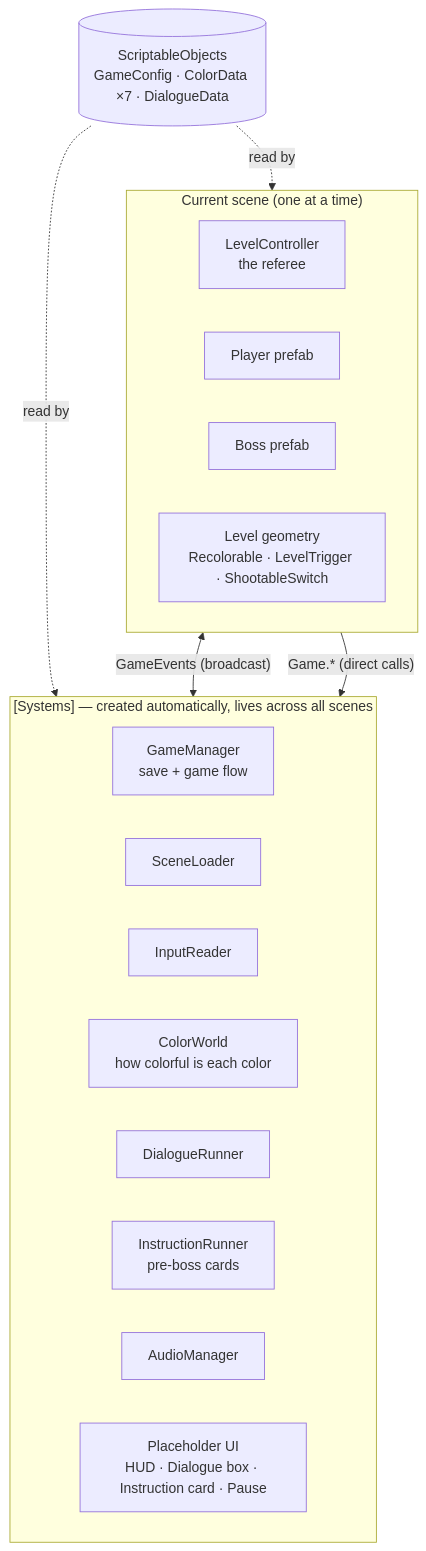
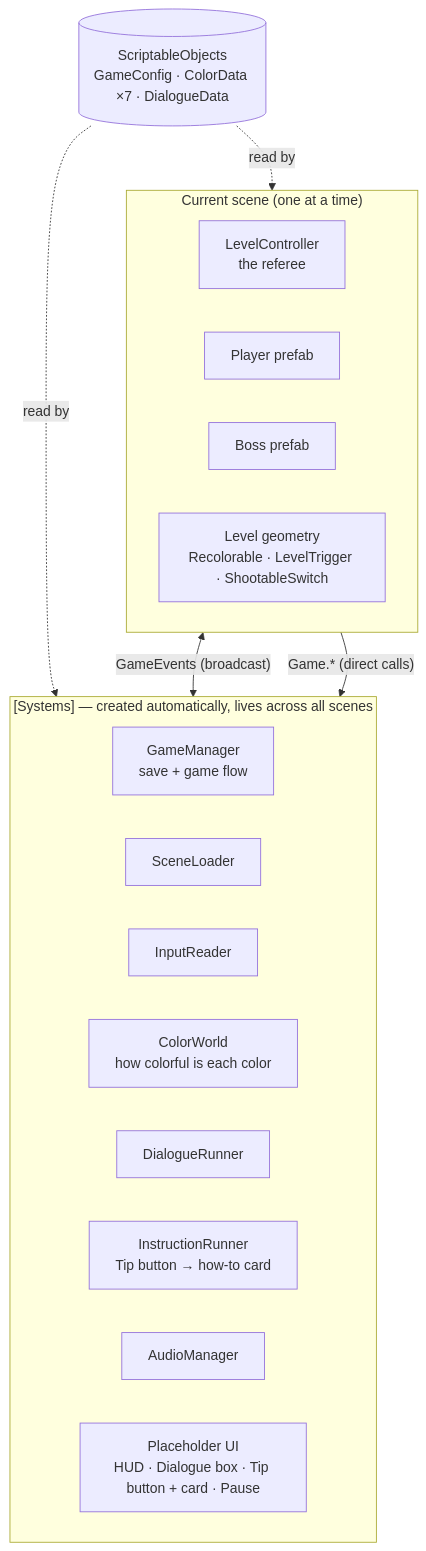
The first of 3 diagrams in ARCHITECTURE.md (Waldron-Wang/Roygbiv_GameJam), drawn with Mermaid before and after one commit. The commit also changed other lines of this file and 1 other file, not shown here.

Commit message:
Document the Tip button flow for how-to cards

````diff
--- a/ARCHITECTURE.md
+++ b/ARCHITECTURE.md
@@ -13,27 +13,27 @@
 ```mermaid
 flowchart TB
     subgraph Persistent["[Systems] — created automatically, lives across all scenes"]
         GM[GameManager<br/>save + game flow]
         SL[SceneLoader]
         IR[InputReader]
         CW[ColorWorld<br/>how colorful is each color]
         DR[DialogueRunner]
-        IN[InstructionRunner<br/>pre-boss cards]
+        IN[InstructionRunner<br/>Tip button → how-to card]
         AM[AudioManager]
-        UI[Placeholder UI<br/>HUD · Dialogue box · Instruction card · Pause]
+        UI[Placeholder UI<br/>HUD · Dialogue box · Tip button + card · Pause]
     end
 
     subgraph Scene["Current scene (one at a time)"]
         LC[LevelController<br/>the referee]
         P[Player prefab]
         B[Boss prefab]
         ENV[Level geometry<br/>Recolorable · LevelTrigger · ShootableSwitch]
     end
 
     DATA[(ScriptableObjects<br/>GameConfig · ColorData ×7 · DialogueData)]
 
     DATA -. read by .-> Persistent
     DATA -. read by .-> Scene
     Scene <-- "GameEvents (broadcast)" --> Persistent
     Scene -- "Game.* (direct calls)" --> Persistent
 ```
````
